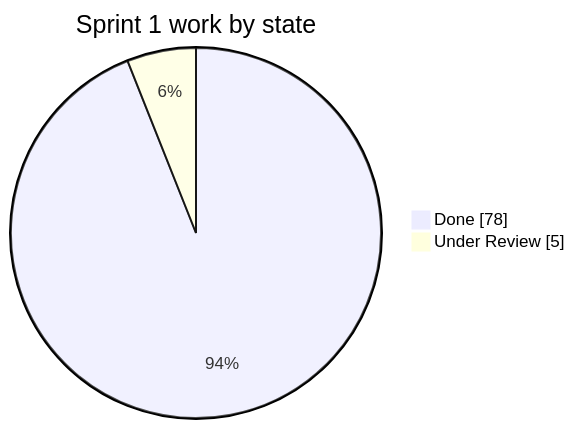
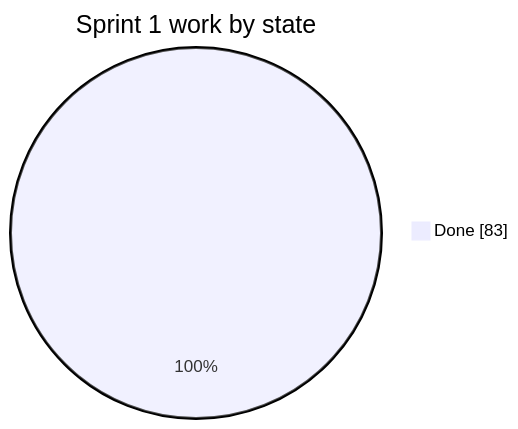
The third of 5 diagrams in docs/sprint1/process/process-documentation-and-insights.md (ZichuanW15/yoir_sample), drawn with Mermaid before and after one commit. The commit also changed other lines of this file, not shown here.

````diff
--- a/docs/sprint1/process/process-documentation-and-insights.md
+++ b/docs/sprint1/process/process-documentation-and-insights.md
@@ -147,6 +146,5 @@
 ```mermaid
 pie showData
     title Sprint 1 work by state
-    "Done" : 78
-    "Under Review" : 5
+    "Done" : 83
 ```
````
